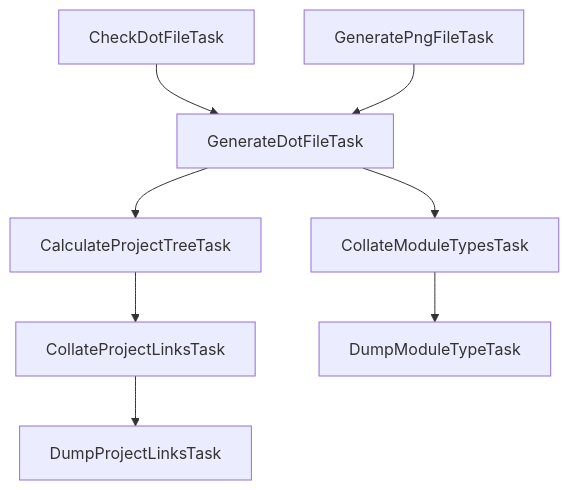
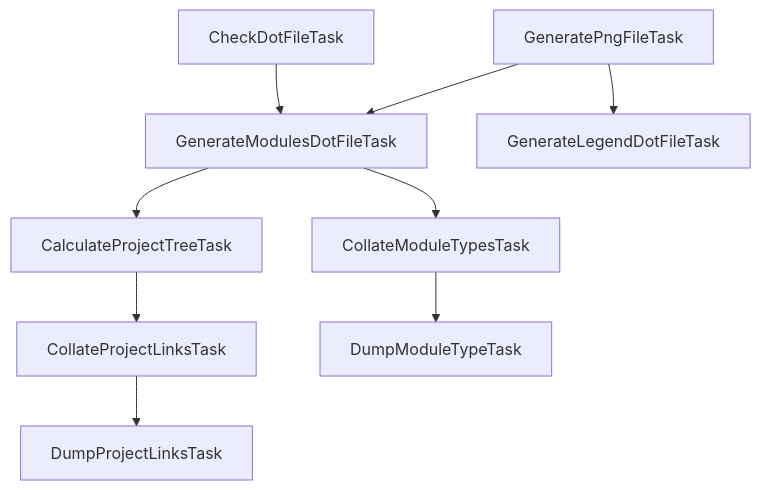
Before and after one commit to jonapoul/aktual: the diagram in build-logic/README.md, drawn with Mermaid.

````diff
--- a/build-logic/README.md
+++ b/build-logic/README.md
@@ -2,10 +2,11 @@
 ```mermaid
 flowchart TD
   CalculateProjectTreeTask --> CollateProjectLinksTask
-  CheckDotFileTask --> GenerateDotFileTask
+  CheckDotFileTask --> GenerateModulesDotFileTask
   CollateModuleTypesTask --> DumpModuleTypeTask
   CollateProjectLinksTask --> DumpProjectLinksTask
-  GenerateDotFileTask --> CalculateProjectTreeTask
-  GenerateDotFileTask --> CollateModuleTypesTask
-  GeneratePngFileTask --> GenerateDotFileTask
+  GenerateModulesDotFileTask --> CalculateProjectTreeTask
+  GenerateModulesDotFileTask --> CollateModuleTypesTask
+  GeneratePngFileTask --> GenerateModulesDotFileTask
+  GeneratePngFileTask --> GenerateLegendDotFileTask
 ```
````
